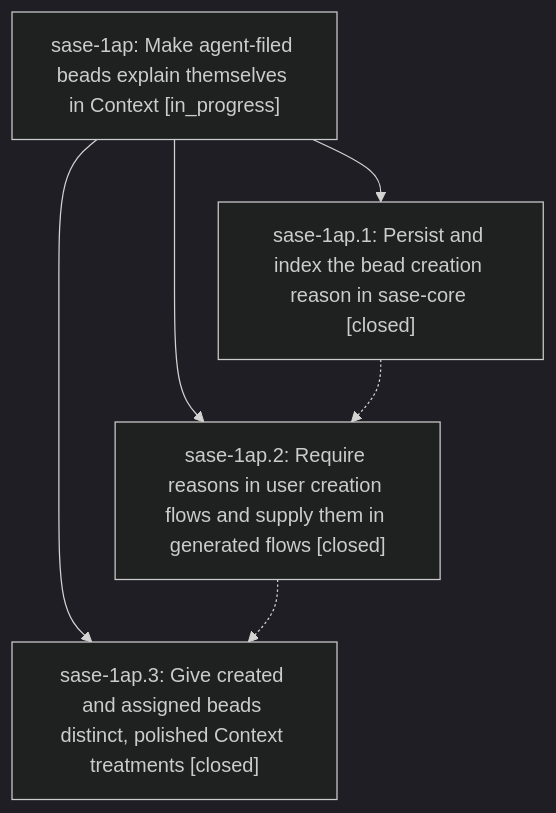
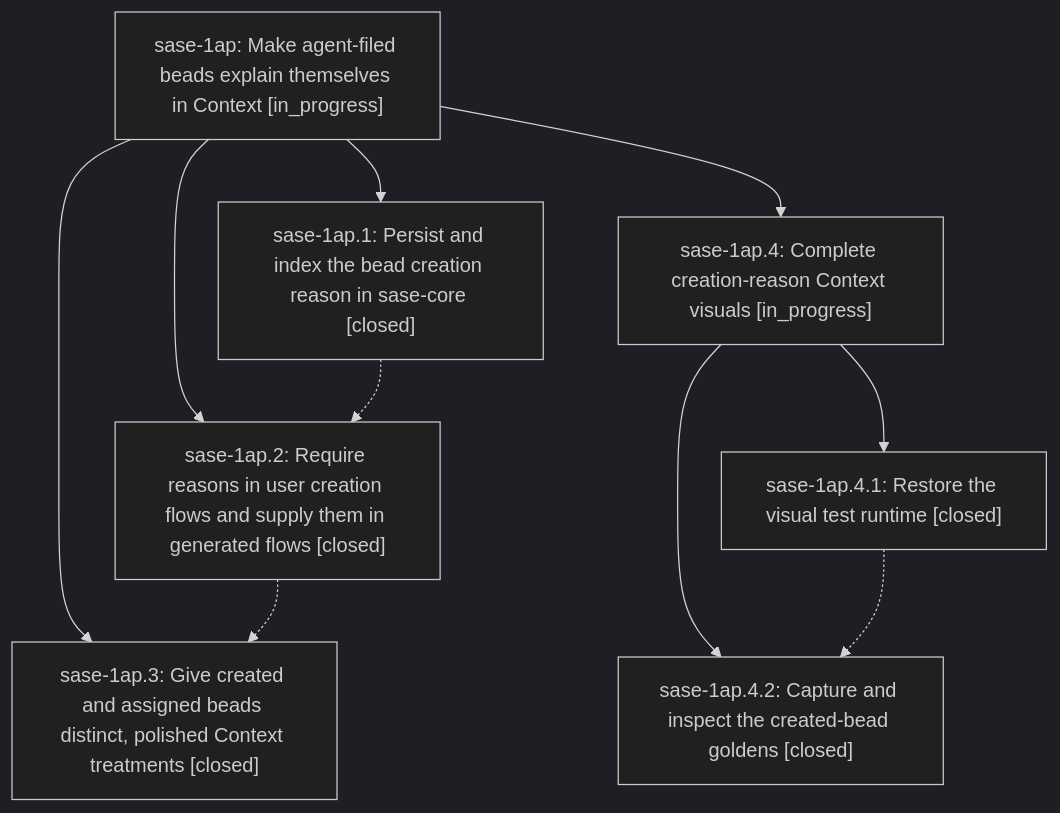
The diagram in pages/sase-1ap/README.md (sase-org/sase--beads), drawn with Mermaid (dark theme) before and after one commit. The commit also changed other lines of this file and 4 other files, not shown here.

First line of the commit message:
chore(beads): sync bead state and pages for sase-1ap

````diff
--- a/pages/sase-1ap/README.md
+++ b/pages/sase-1ap/README.md
@@ -38,12 +42,19 @@
 ```mermaid
 flowchart TD
     n0["sase-1ap: Make agent-filed beads explain themselves in Context [in_progress]"]
     n1["sase-1ap.1: Persist and index the bead creation reason in sase-core [closed]"]
     n2["sase-1ap.2: Require reasons in user creation flows and supply them in generated flows [closed]"]
     n3["sase-1ap.3: Give created and assigned beads distinct, polished Context treatments [closed]"]
+    n4["sase-1ap.4: Complete creation-reason Context visuals [in_progress]"]
+    n5["sase-1ap.4.1: Restore the visual test runtime [closed]"]
+    n6["sase-1ap.4.2: Capture and inspect the created-bead goldens [closed]"]
     n0 --> n1
     n0 --> n2
     n0 --> n3
+    n0 --> n4
+    n4 --> n5
+    n4 --> n6
     n1 -.-> n2
     n2 -.-> n3
+    n5 -.-> n6
 ```
````
